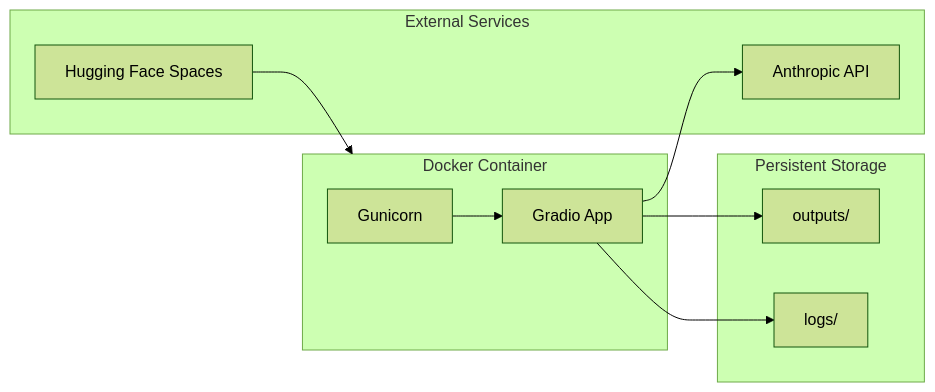
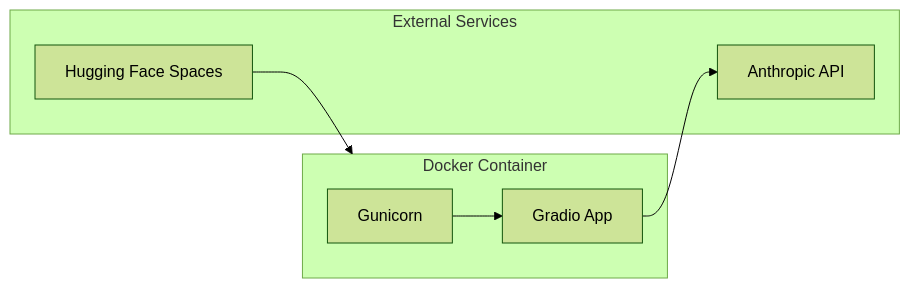
The ninth of 10 diagrams in docs/architecture/overview.md (darth-dodo/socratic-sofa), drawn with Mermaid (forest theme) before and after one commit. The commit also changed other lines of this file and 8 other files, not shown here.

````diff
--- a/docs/architecture/overview.md
+++ b/docs/architecture/overview.md
@@ -346,22 +332,15 @@
 ```mermaid
 flowchart LR
     subgraph Container["Docker Container"]
         G["Gunicorn"]
         App["Gradio App"]
     end
 
     subgraph Services["External Services"]
         API["Anthropic API"]
         HF["Hugging Face Spaces"]
     end
 
-    subgraph Storage["Persistent Storage"]
-        Out["outputs/"]
-        Logs["logs/"]
-    end
-
     G --> App --> API
-    App --> Out
-    App --> Logs
     HF --> Container
 ```
````
